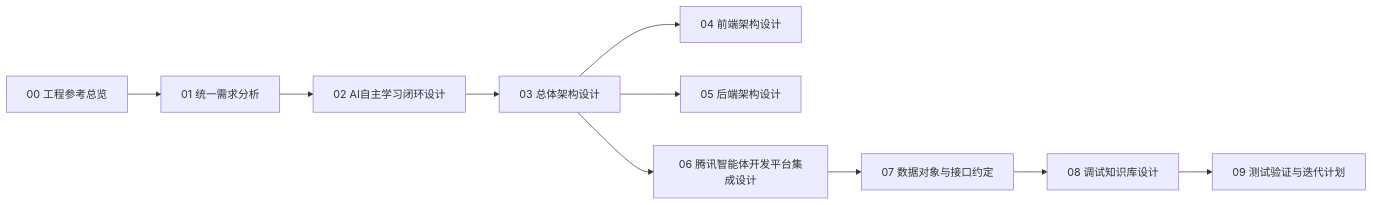
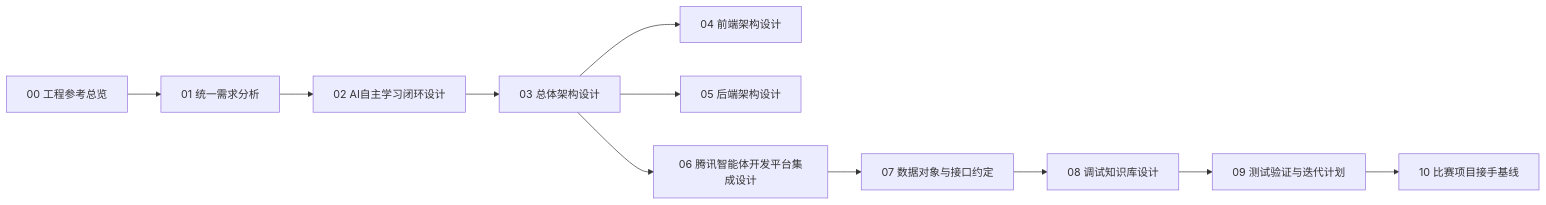
Before and after one commit to chenqsq/doc-showcase: the first of 2 diagrams in doc/开发文档/00-开发总览.md, drawn with Mermaid. The commit also changed other lines of this file and 7 other files, not shown here.

````diff
--- a/doc/开发文档/00-开发总览.md
+++ b/doc/开发文档/00-开发总览.md
@@ -26,12 +26,13 @@
 ```mermaid
 flowchart LR
     A[00 工程参考总览] --> B[01 统一需求分析]
     B --> C[02 AI自主学习闭环设计]
     C --> D[03 总体架构设计]
     D --> E[04 前端架构设计]
     D --> F[05 后端架构设计]
     D --> G[06 腾讯智能体开发平台集成设计]
     G --> H[07 数据对象与接口约定]
     H --> I[08 调试知识库设计]
     I --> J[09 测试验证与迭代计划]
+    J --> K[10 比赛项目接手基线]
 ```
````
